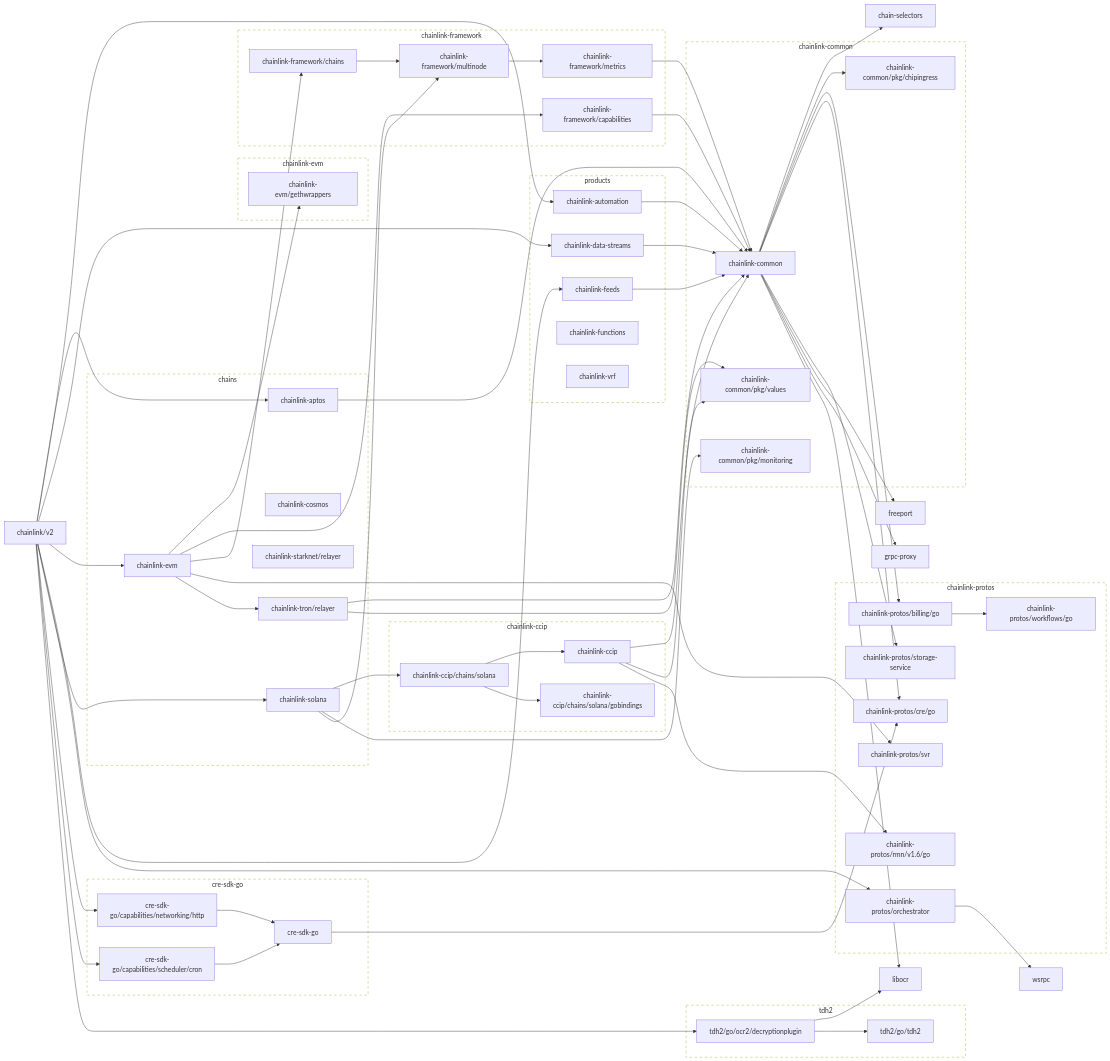
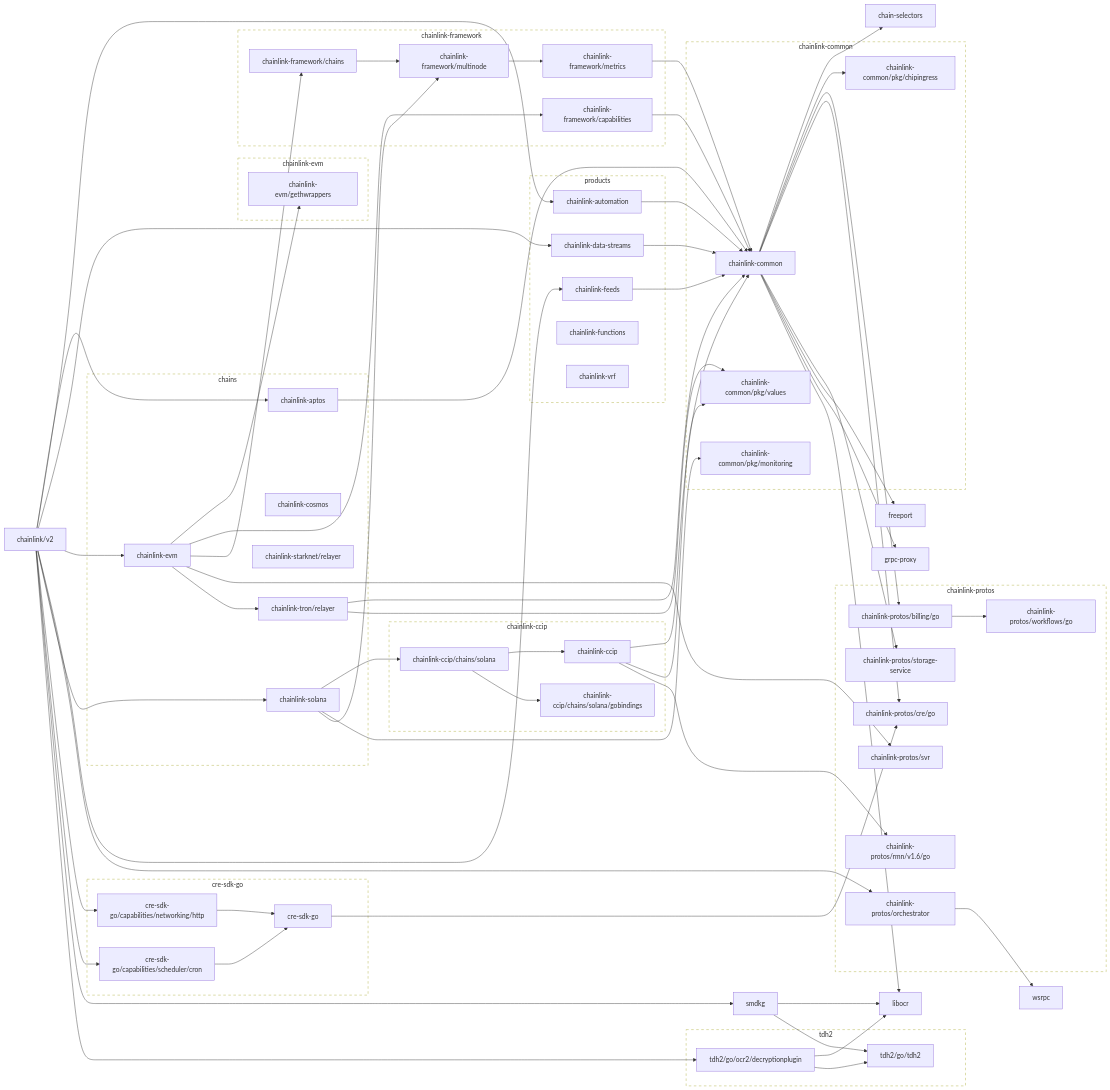
The first of 2 diagrams in go.md (smartcontractkit/chainlink), drawn with Mermaid before and after one commit. The commit also changed other lines of this file and 5 other files, not shown here.

```diff
--- a/go.md
+++ b/go.md
@@ -102,6 +102,7 @@
 	chainlink/v2 --> chainlink-solana
 	chainlink/v2 --> cre-sdk-go/capabilities/networking/http
 	chainlink/v2 --> cre-sdk-go/capabilities/scheduler/cron
+	chainlink/v2 --> smdkg
 	chainlink/v2 --> tdh2/go/ocr2/decryptionplugin
 	click chainlink/v2 href "https://github.com/smartcontractkit/chainlink"
 	cre-sdk-go --> chainlink-protos/cre/go
@@ -116,6 +117,9 @@
 	click grpc-proxy href "https://github.com/smartcontractkit/grpc-proxy"
 	libocr
 	click libocr href "https://github.com/smartcontractkit/libocr"
+	smdkg --> libocr
+	smdkg --> tdh2/go/tdh2
+	click smdkg href "https://github.com/smartcontractkit/smdkg"
 	tdh2/go/ocr2/decryptionplugin --> libocr
 	tdh2/go/ocr2/decryptionplugin --> tdh2/go/tdh2
 	click tdh2/go/ocr2/decryptionplugin href "https://github.com/smartcontractkit/tdh2"
```
